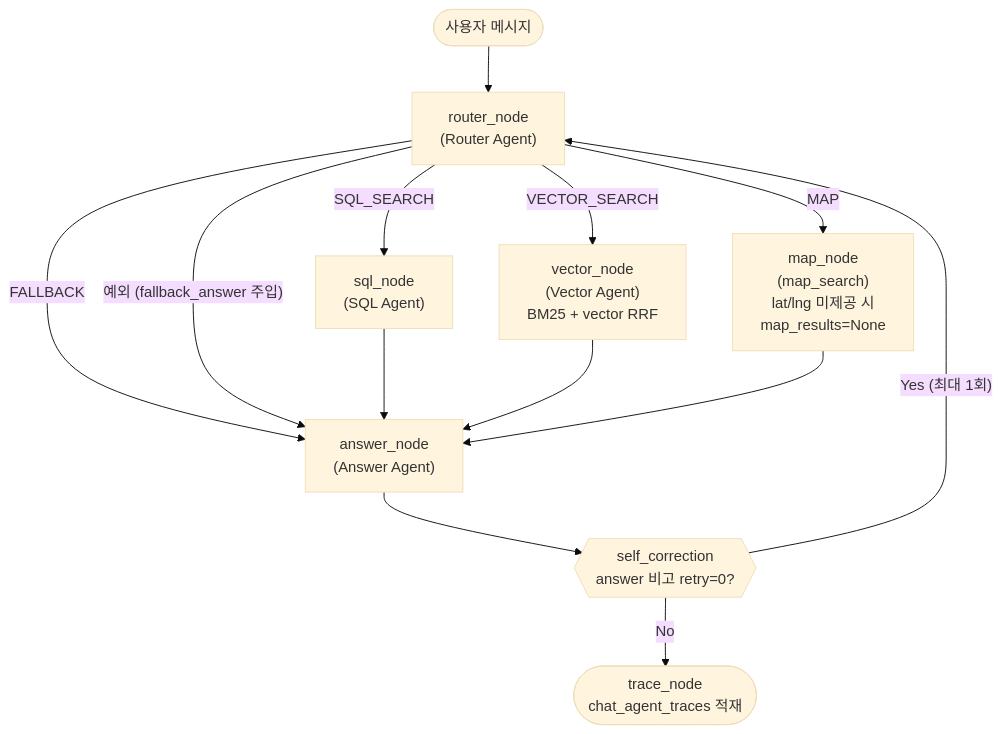
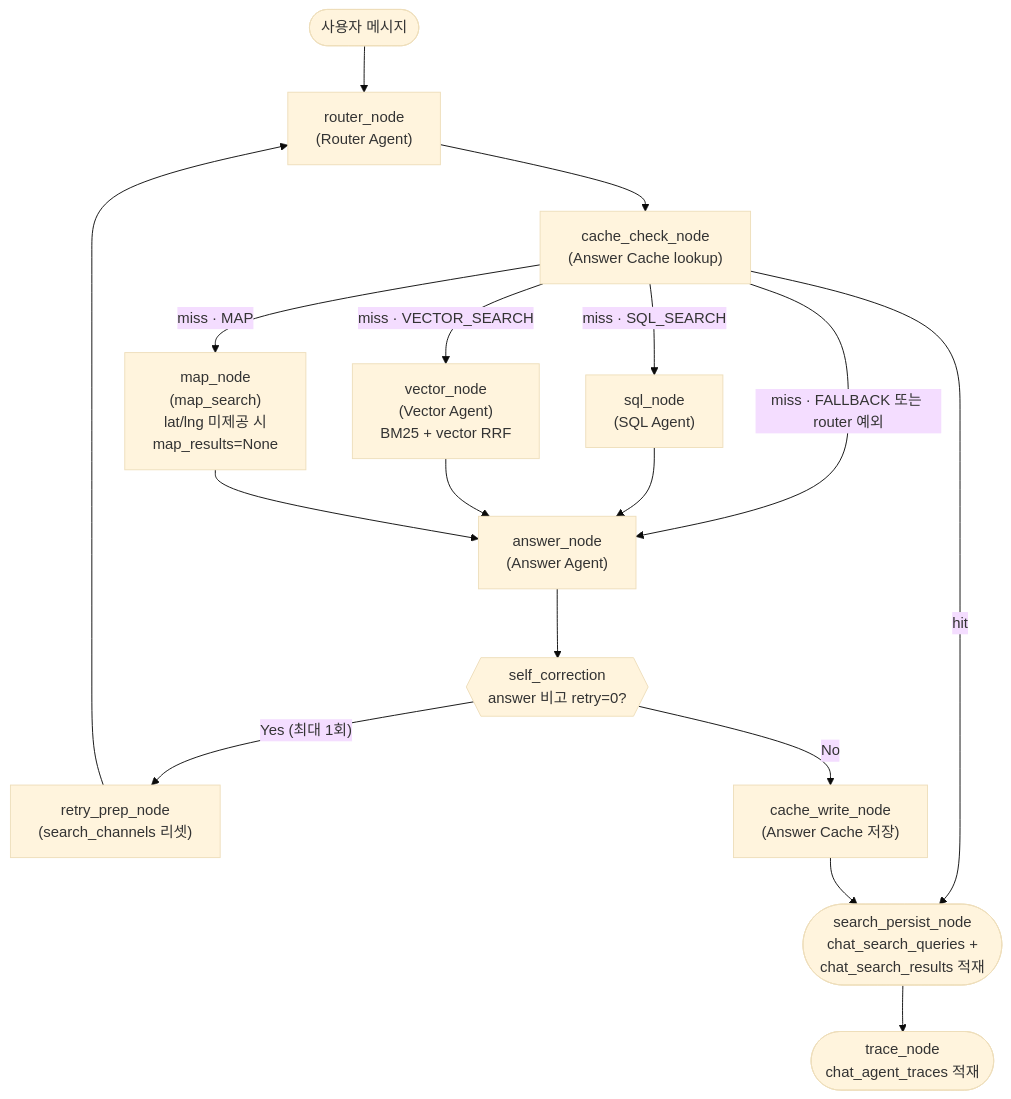
Before and after one commit to f-lab-edu/on-seoul: the diagram in on-seoul-agent/docs/ai-agent-design.md, drawn with Mermaid (base theme). The commit also changed other lines of this file and 4 other files, not shown here.

````diff
--- a/on-seoul-agent/docs/ai-agent-design.md
+++ b/on-seoul-agent/docs/ai-agent-design.md
@@ -21,26 +21,34 @@
 ```mermaid
 flowchart TD
     START(["사용자 메시지"])
     ROUTER["router_node<br/>(Router Agent)"]
+    CACHE_CHECK["cache_check_node<br/>(Answer Cache lookup)"]
     SQL["sql_node<br/>(SQL Agent)"]
     VECTOR["vector_node<br/>(Vector Agent)<br/>BM25 + vector RRF"]
     MAP["map_node<br/>(map_search)<br/>lat/lng 미제공 시<br/>map_results=None"]
     ANSWER["answer_node<br/>(Answer Agent)"]
     SELF_CORR{{"self_correction<br/>answer 비고 retry=0?"}}
+    RETRY_PREP["retry_prep_node<br/>(search_channels 리셋)"]
+    CACHE_WRITE["cache_write_node<br/>(Answer Cache 저장)"]
+    SEARCH_PERSIST(["search_persist_node<br/>chat_search_queries +<br/>chat_search_results 적재"])
     TRACE(["trace_node<br/>chat_agent_traces 적재"])
 
     START --> ROUTER
-    ROUTER -- "SQL_SEARCH" --> SQL
-    ROUTER -- "VECTOR_SEARCH" --> VECTOR
-    ROUTER -- "MAP" --> MAP
-    ROUTER -- "FALLBACK" --> ANSWER
-    ROUTER -- "예외 (fallback_answer 주입)" --> ANSWER
+    ROUTER --> CACHE_CHECK
+    CACHE_CHECK -- "hit" --> SEARCH_PERSIST
+    CACHE_CHECK -- "miss · SQL_SEARCH" --> SQL
+    CACHE_CHECK -- "miss · VECTOR_SEARCH" --> VECTOR
+    CACHE_CHECK -- "miss · MAP" --> MAP
+    CACHE_CHECK -- "miss · FALLBACK 또는 router 예외" --> ANSWER
 
     SQL --> ANSWER
     VECTOR --> ANSWER
     MAP --> ANSWER
 
     ANSWER --> SELF_CORR
-    SELF_CORR -- "Yes (최대 1회)" --> ROUTER
-    SELF_CORR -- "No" --> TRACE
+    SELF_CORR -- "Yes (최대 1회)" --> RETRY_PREP
+    RETRY_PREP --> ROUTER
+    SELF_CORR -- "No" --> CACHE_WRITE
+    CACHE_WRITE --> SEARCH_PERSIST
+    SEARCH_PERSIST --> TRACE
 ```
````
